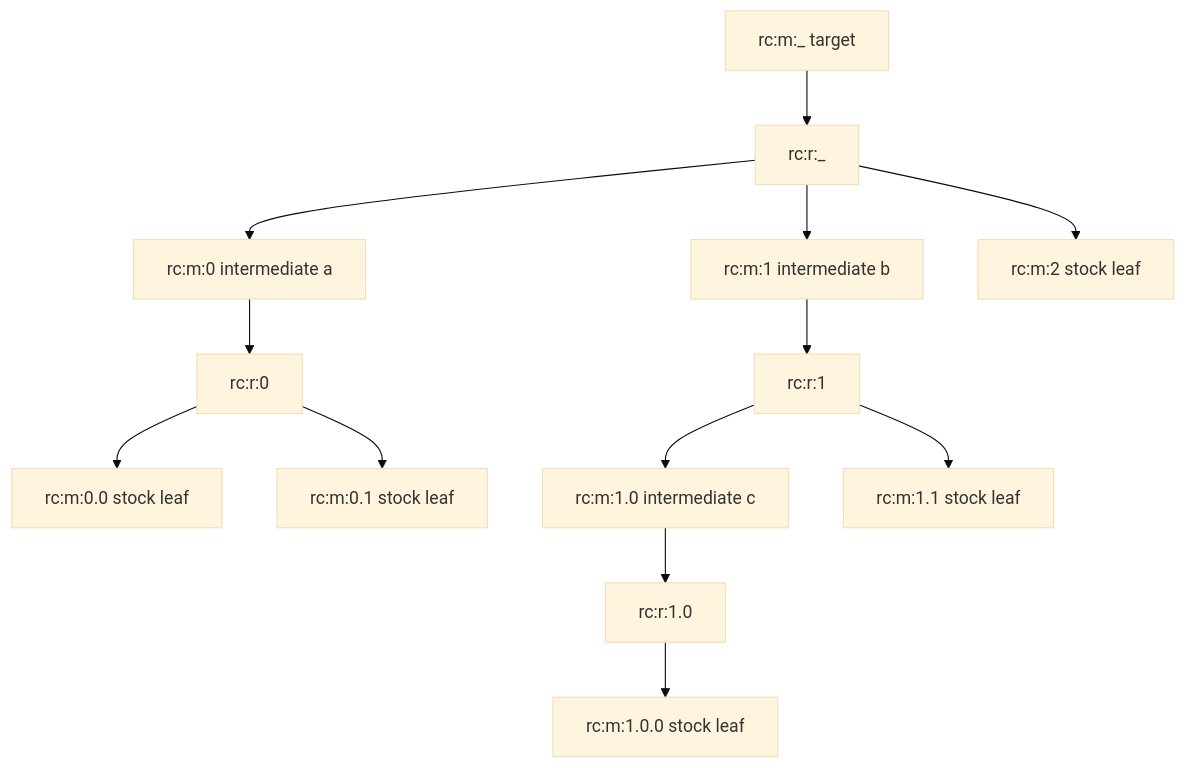
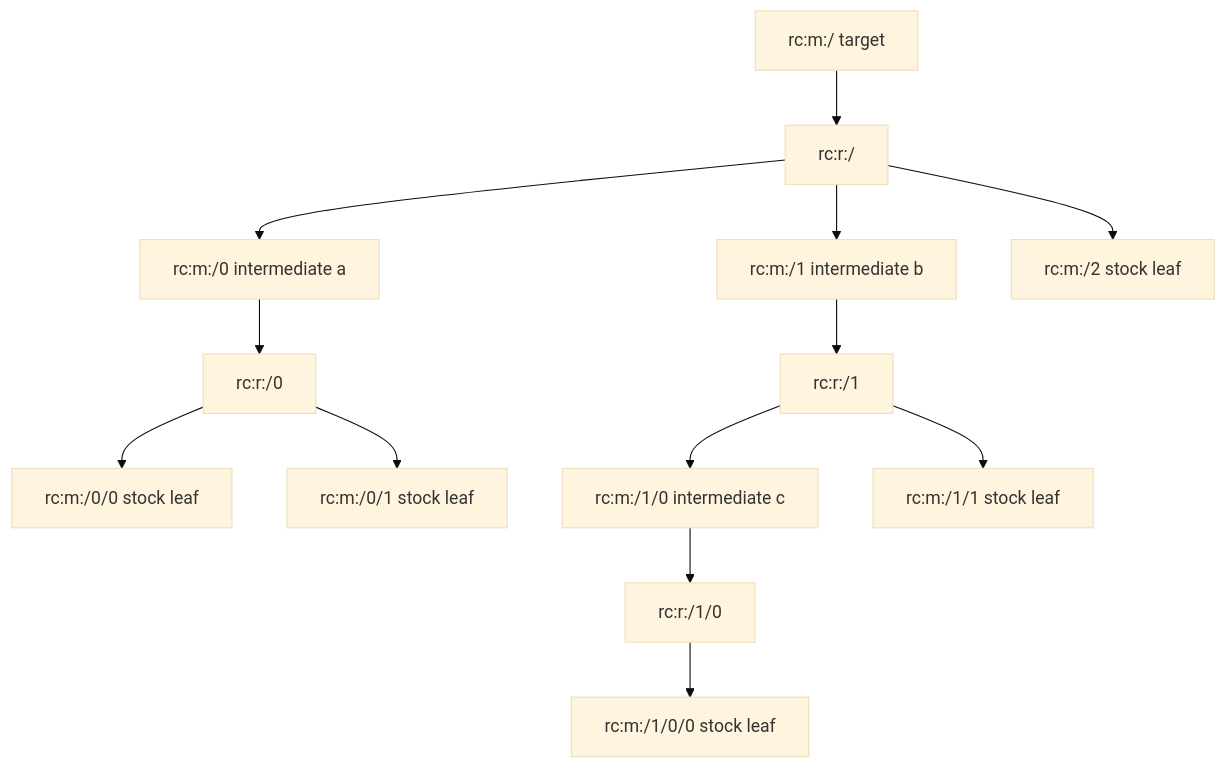
The diagram in docs/developers/route-node-ids.md (ischemist/project-procrustes), drawn with Mermaid (base theme) before and after one commit. The commit also changed other lines of this file and 12 other files, not shown here.

First line of the commit message:
Implement schema v2 route kernel (#101)

````diff
--- a/docs/developers/route-node-ids.md
+++ b/docs/developers/route-node-ids.md
@@ -11,18 +11,18 @@
 ```mermaid
 graph TD
-    m_root["rc:m:_ target"] --> r_root["rc:r:_"]
-    r_root --> m_0["rc:m:0 intermediate a"]
-    r_root --> m_1["rc:m:1 intermediate b"]
-    r_root --> m_2["rc:m:2 stock leaf"]
+    m_root["rc:m:/ target"] --> r_root["rc:r:/"]
+    r_root --> m_0["rc:m:/0 intermediate a"]
+    r_root --> m_1["rc:m:/1 intermediate b"]
+    r_root --> m_2["rc:m:/2 stock leaf"]
 
-    m_0 --> r_0["rc:r:0"]
-    r_0 --> m_00["rc:m:0.0 stock leaf"]
-    r_0 --> m_01["rc:m:0.1 stock leaf"]
+    m_0 --> r_0["rc:r:/0"]
+    r_0 --> m_00["rc:m:/0/0 stock leaf"]
+    r_0 --> m_01["rc:m:/0/1 stock leaf"]
 
-    m_1 --> r_1["rc:r:1"]
-    r_1 --> m_10["rc:m:1.0 intermediate c"]
-    r_1 --> m_11["rc:m:1.1 stock leaf"]
+    m_1 --> r_1["rc:r:/1"]
+    r_1 --> m_10["rc:m:/1/0 intermediate c"]
+    r_1 --> m_11["rc:m:/1/1 stock leaf"]
 
-    m_10 --> r_10["rc:r:1.0"]
-    r_10 --> m_100["rc:m:1.0.0 stock leaf"]
+    m_10 --> r_10["rc:r:/1/0"]
+    r_10 --> m_100["rc:m:/1/0/0 stock leaf"]
 ```
````
